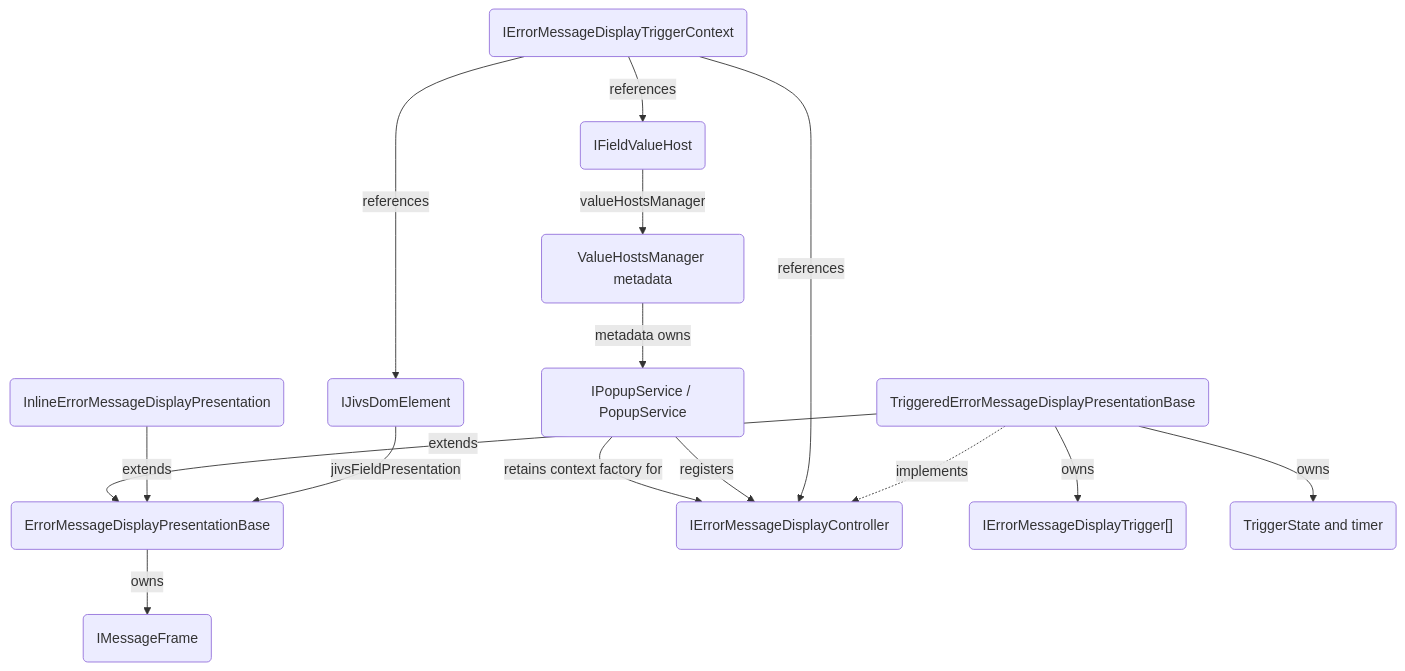
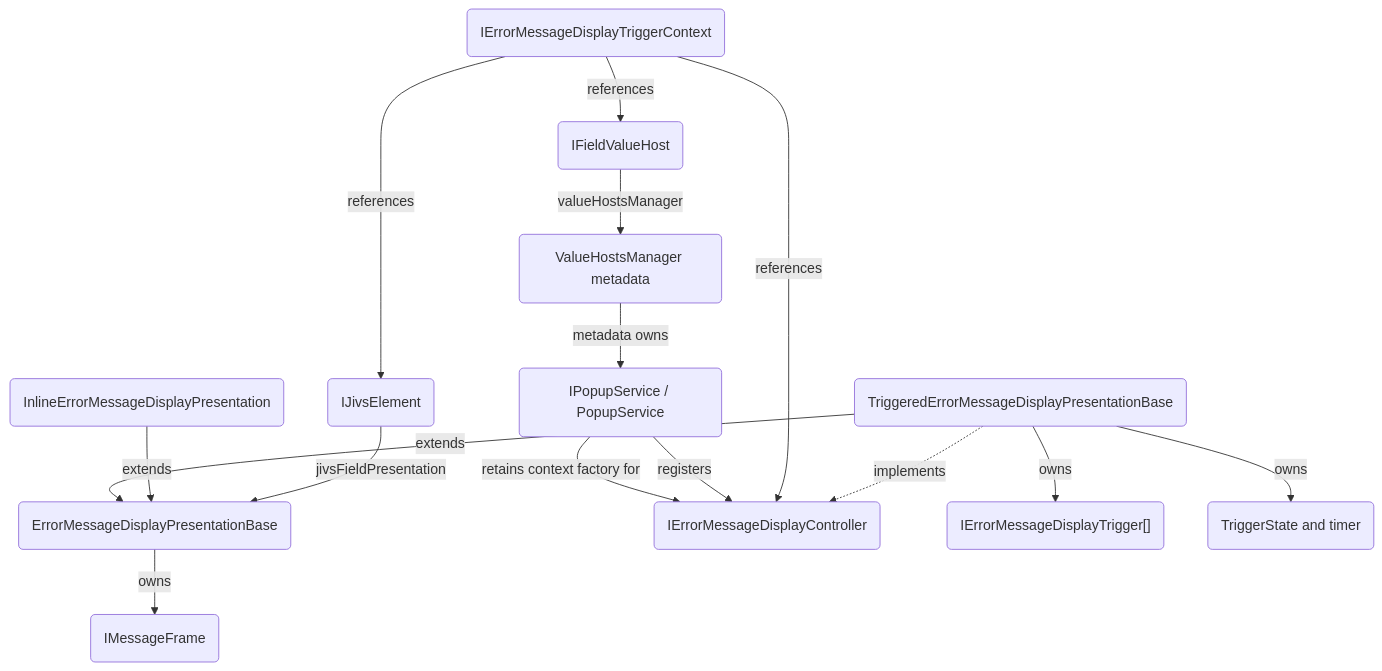
Before and after one commit to plblum/jivs: the ninth of 14 diagrams in planning/Jivs-DOM_Implementation_Design.md, drawn with Mermaid. The commit also changed other lines of this file and 97 other files, not shown here.

Commit message:
Refactoring to rename anchor and IJivsDomElement to jivsElement

````diff
--- a/planning/Jivs-DOM_Implementation_Design.md
+++ b/planning/Jivs-DOM_Implementation_Design.md
@@ -2245,34 +2245,34 @@
 ```mermaid
 flowchart TB
-    ANCHOR("IJivsDomElement")
+    ANCHOR("IJivsElement")
     BASE("ErrorMessageDisplayPresentationBase")
     INLINE("InlineErrorMessageDisplayPresentation")
     TRIGGERED("TriggeredErrorMessageDisplayPresentationBase")
     FRAME("IMessageFrame")
 
     CONTROLLER("IErrorMessageDisplayController")
     TRIGGERS("IErrorMessageDisplayTrigger[]")
     CONTEXT("IErrorMessageDisplayTriggerContext")
     STATE("TriggerState and timer")
 
     VALUE_HOST("IFieldValueHost")
     MANAGER("ValueHostsManager metadata")
     POPUP_SERVICE("IPopupService / PopupService")
 
     ANCHOR -->|"jivsFieldPresentation"| BASE
     INLINE -->|"extends"| BASE
     TRIGGERED -->|"extends"| BASE
     BASE -->|"owns"| FRAME
 
     TRIGGERED -.->|"implements"| CONTROLLER
     TRIGGERED -->|"owns"| TRIGGERS
     TRIGGERED -->|"owns"| STATE
     CONTEXT -->|"references"| CONTROLLER
     CONTEXT -->|"references"| ANCHOR
     CONTEXT -->|"references"| VALUE_HOST
 
     VALUE_HOST -->|"valueHostsManager"| MANAGER
     MANAGER -->|"metadata owns"| POPUP_SERVICE
     POPUP_SERVICE -->|"registers"| CONTROLLER
     POPUP_SERVICE -->|"retains context factory for"| CONTROLLER
 ```
````
